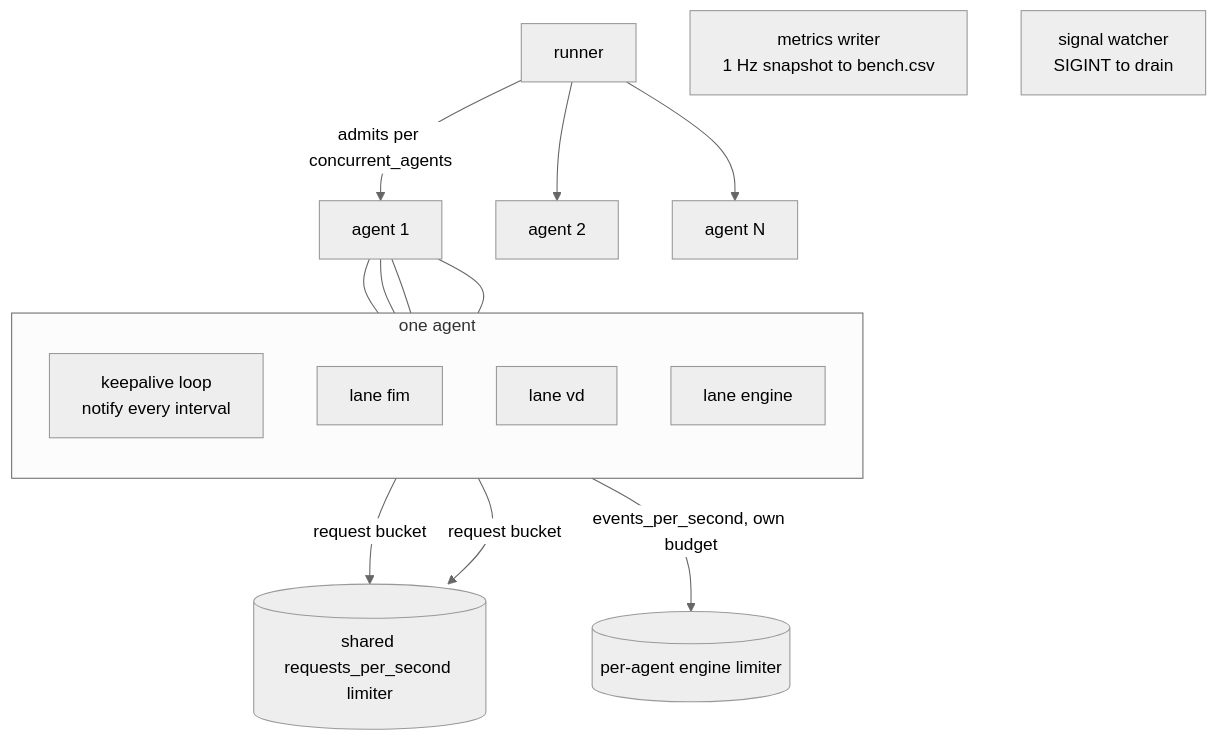
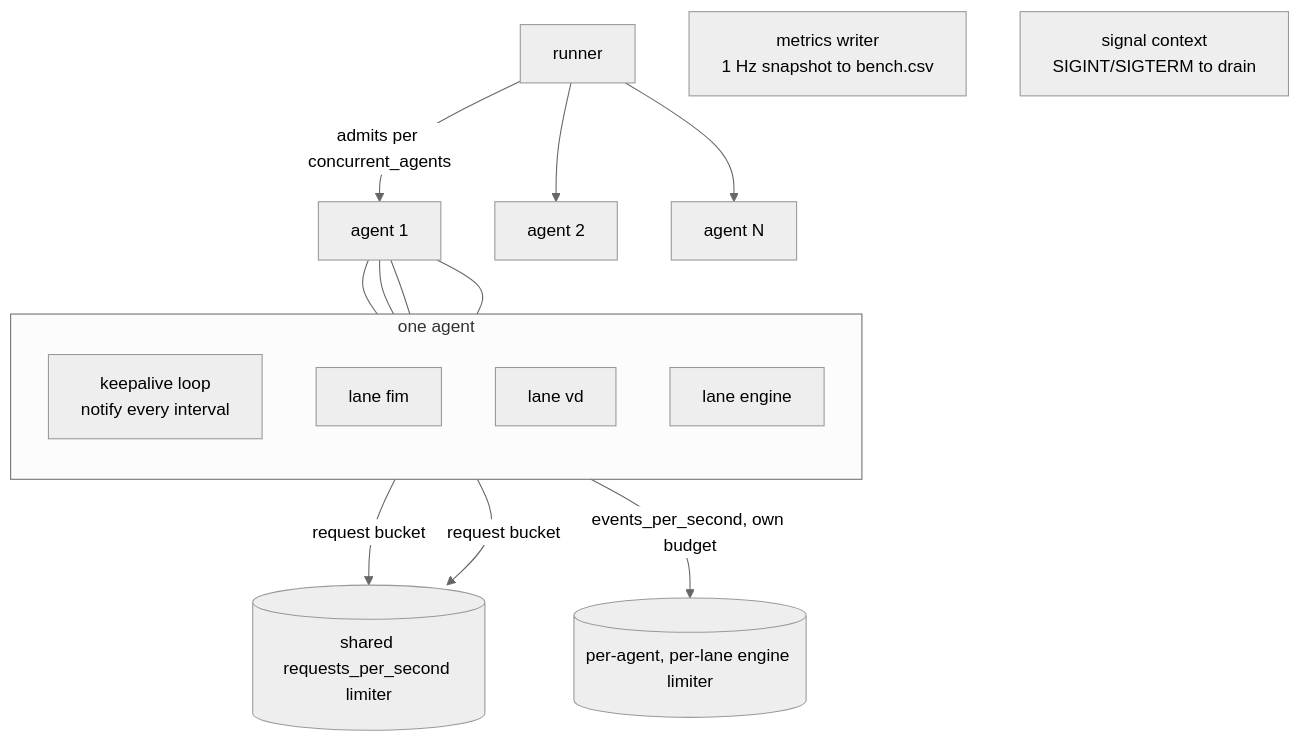
Before and after one commit to wazuh/wazuh: the diagram in tools/manager_benchmark/tool_simulator/docu/08-concurrency-and-pacing.md, drawn with Mermaid (neutral theme). The commit also changed other lines of this file and 244 other files, not shown here.

````diff
--- a/tools/manager_benchmark/tool_simulator/docu/08-concurrency-and-pacing.md
+++ b/tools/manager_benchmark/tool_simulator/docu/08-concurrency-and-pacing.md
@@ -5,24 +5,24 @@
 ```mermaid
 flowchart TD
     R[runner] -->|admits per concurrent_agents| A1[agent 1]
     R --> A2[agent 2]
     R --> An[agent N]
     W["metrics writer<br/>1 Hz snapshot to bench.csv"]
-    S["signal watcher<br/>SIGINT to drain"]
+    S["signal context<br/>SIGINT/SIGTERM to drain"]
 
     subgraph one_agent [one agent]
       direction TB
       K["keepalive loop<br/>notify every interval"]
       L1[lane fim]
       L2[lane vd]
       L3[lane engine]
     end
     A1 --- K
     A1 --- L1
     A1 --- L2
     A1 --- L3
 
     L1 -->|request bucket| RL[(shared requests_per_second limiter)]
     L2 -->|request bucket| RL
-    L3 -->|"events_per_second, own budget"| LE[(per-agent engine limiter)]
+    L3 -->|"events_per_second, own budget"| LE[(per-agent, per-lane engine limiter)]
 ```
````
